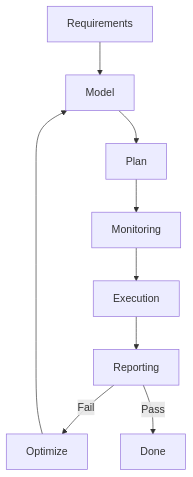
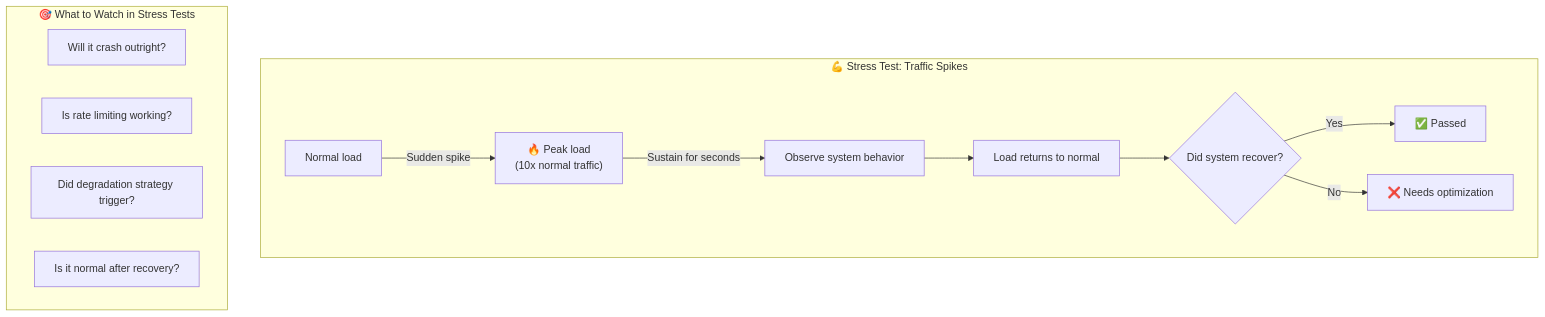
The eighth of 14 diagrams in articles/en/nodejs-unit-performance-testing-guide.mdx (zhangshichuan/maxzhang.site), drawn with Mermaid before and after one commit. The commit also changed other lines of this file and 1 other file, not shown here.

Commit message:
docs: nodejs-unit-performance-testing-guide

````diff
--- a/articles/en/nodejs-unit-performance-testing-guide.mdx
+++ b/articles/en/nodejs-unit-performance-testing-guide.mdx
@@ -230,11 +838,19 @@
 ```mermaid
 flowchart TD
-    A[Requirements] --> B[Model]
-    B --> C[Plan]
-    C --> D[Monitoring]
-    D --> E[Execution]
-    E --> F[Reporting]
-    F -->|Fail| G[Optimize]
-    G --> B
-    F -->|Pass| H[Done]
+    subgraph StressTesting["💪 Stress Test: Traffic Spikes"]
+        direction LR
+        A[Normal load] -->|Sudden spike| B["🔥 Peak load<br/>(10x normal traffic)"]
+        B -->|Sustain for seconds| C[Observe system behavior]
+        C --> D[Load returns to normal]
+        D --> E{Did system recover?}
+        E -->|Yes| F[✅ Passed]
+        E -->|No| G[❌ Needs optimization]
+    end
+
+    subgraph KeyConcerns["🎯 What to Watch in Stress Tests"]
+        P1["Will it crash outright?"]
+        P2["Is rate limiting working?"]
+        P3["Did degradation strategy trigger?"]
+        P4["Is it normal after recovery?"]
+    end
 ```
````
